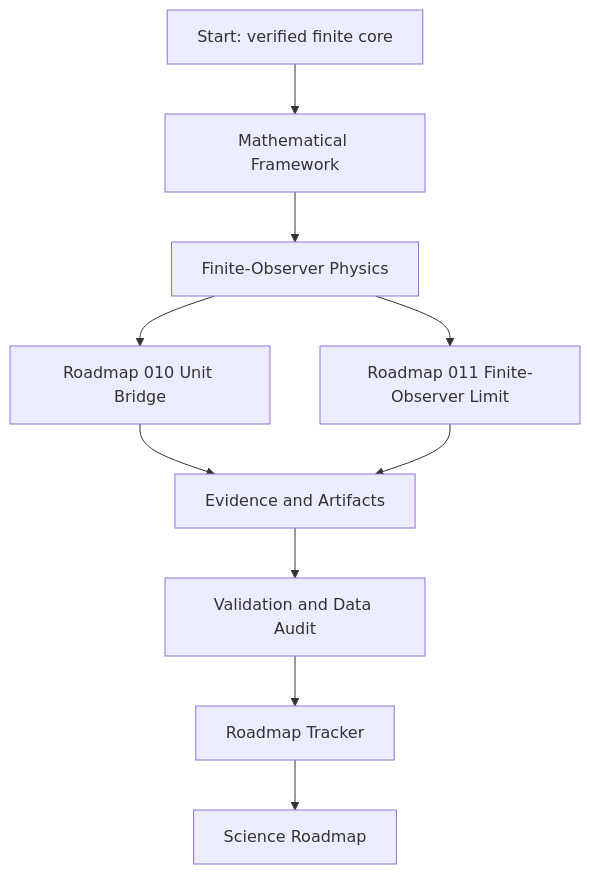
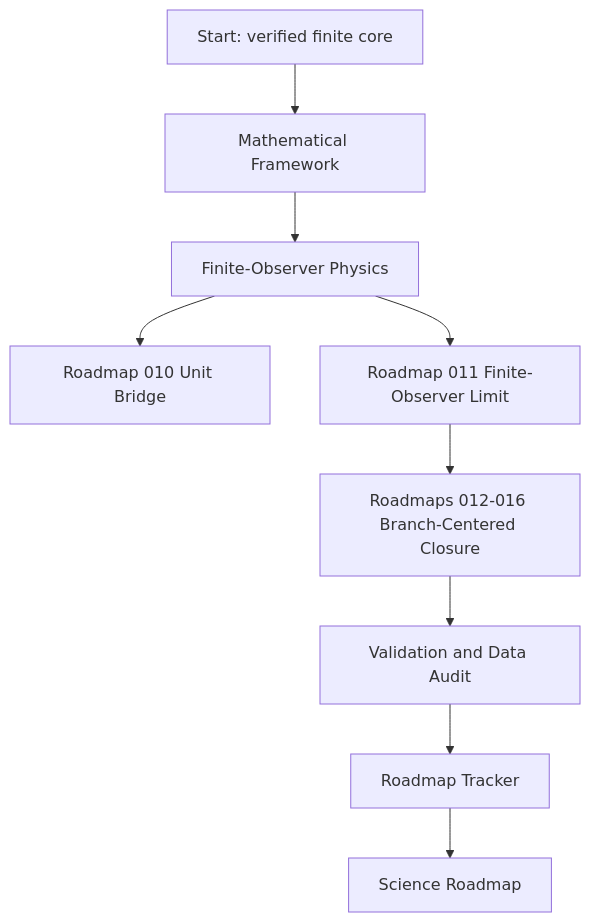
Before and after one commit to flynn33/ASH-Model: the diagram in wiki/Home.md, drawn with Mermaid. The commit also changed other lines of this file and 10 other files, not shown here.

Commit message:
Refresh roadmap documentation consistency

````diff
--- a/wiki/Home.md
+++ b/wiki/Home.md
@@ -20,12 +21,11 @@
 ```mermaid
 flowchart TD
     A["Start: verified finite core"] --> B["Mathematical Framework"]
     B --> C["Finite-Observer Physics"]
     C --> D["Roadmap 010 Unit Bridge"]
     C --> E["Roadmap 011 Finite-Observer Limit"]
-    D --> F["Evidence and Artifacts"]
-    E --> F
+    E --> F["Roadmaps 012-016 Branch-Centered Closure"]
     F --> G["Validation and Data Audit"]
     G --> H["Roadmap Tracker"]
     H --> I["Science Roadmap"]
 ```
````
